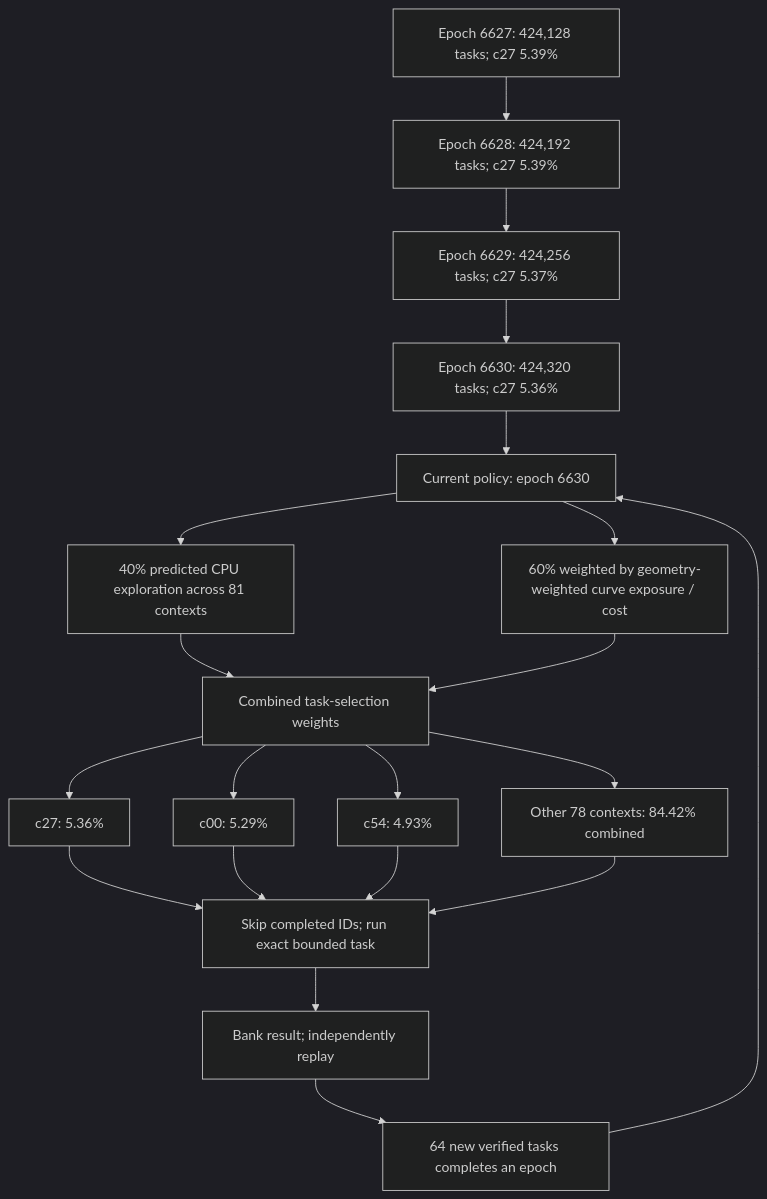
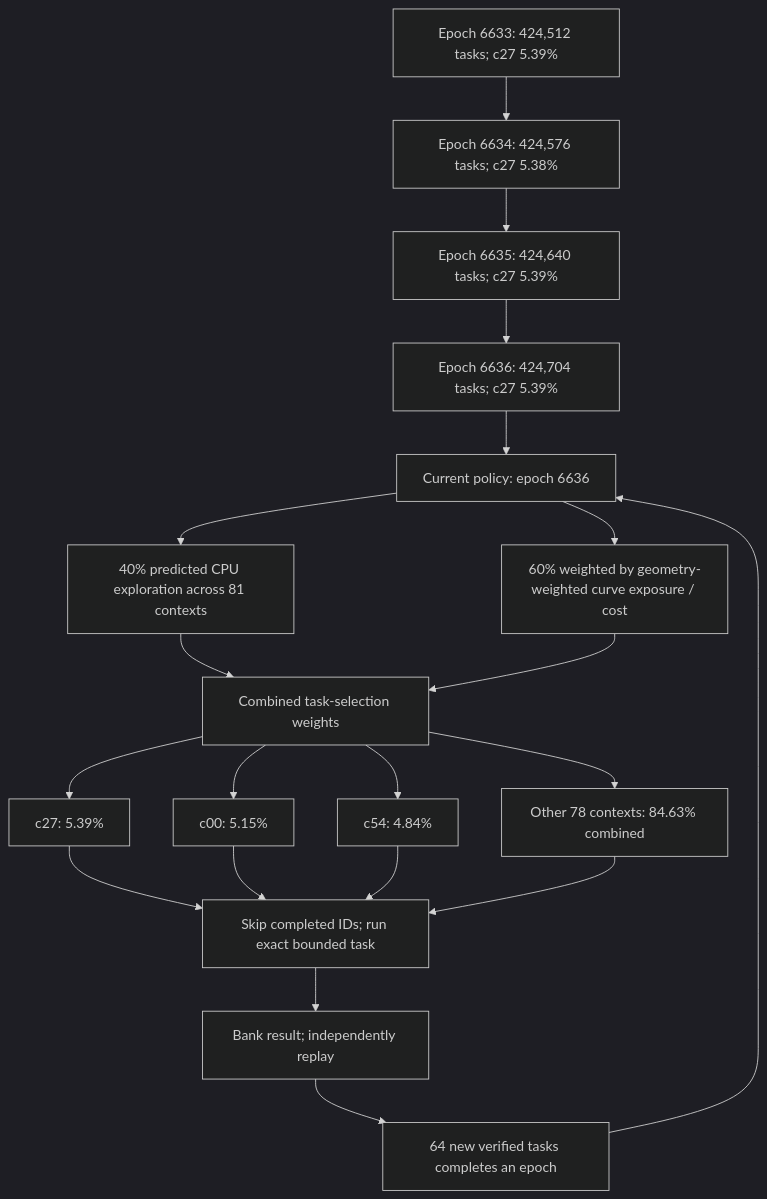
Before and after one commit to Kuberwastaken/math-gambling: the first of 4 diagrams in README.md, drawn with Mermaid (dark theme). The commit also changed other lines of this file and 1875 other files, not shown here.

````diff
--- a/README.md
+++ b/README.md
@@ -60,27 +60,27 @@
 ```mermaid
 flowchart TD
-    H0["Epoch 6627: 424,128 tasks; c27 5.39%"]
-    H1["Epoch 6628: 424,192 tasks; c27 5.39%"]
+    H0["Epoch 6633: 424,512 tasks; c27 5.39%"]
+    H1["Epoch 6634: 424,576 tasks; c27 5.38%"]
     H0 --> H1
-    H2["Epoch 6629: 424,256 tasks; c27 5.37%"]
+    H2["Epoch 6635: 424,640 tasks; c27 5.39%"]
     H1 --> H2
-    H3["Epoch 6630: 424,320 tasks; c27 5.36%"]
+    H3["Epoch 6636: 424,704 tasks; c27 5.39%"]
     H2 --> H3
-    Policy["Current policy: epoch 6630"]
+    Policy["Current policy: epoch 6636"]
     H3 --> Policy
     Policy --> Explore["40% predicted CPU exploration across 81 contexts"]
     Policy --> Cost["60% weighted by geometry-weighted curve exposure / cost"]
     Explore --> Mix["Combined task-selection weights"]
     Cost --> Mix
-    Mix --> C0["c27: 5.36%"]
-    Mix --> C1["c00: 5.29%"]
-    Mix --> C2["c54: 4.93%"]
-    Mix --> Rest["Other 78 contexts: 84.42% combined"]
+    Mix --> C0["c27: 5.39%"]
+    Mix --> C1["c00: 5.15%"]
+    Mix --> C2["c54: 4.84%"]
+    Mix --> Rest["Other 78 contexts: 84.63% combined"]
     C0 --> Check["Skip completed IDs; run exact bounded task"]
     C1 --> Check
     C2 --> Check
     Rest --> Check
     Check --> Replay["Bank result; independently replay"]
     Replay --> Gate["64 new verified tasks completes an epoch"]
     Gate --> Policy
 ```
````
